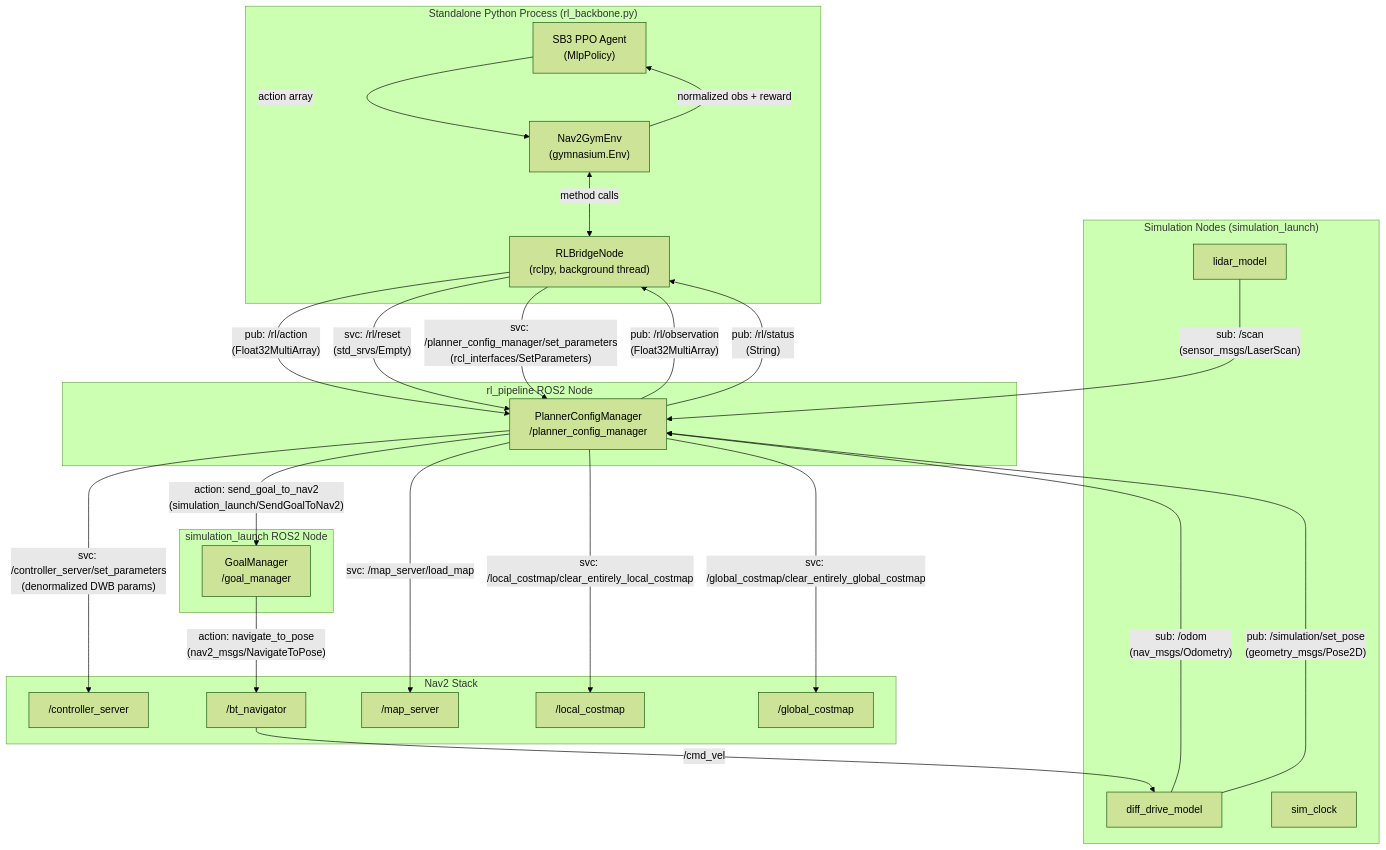
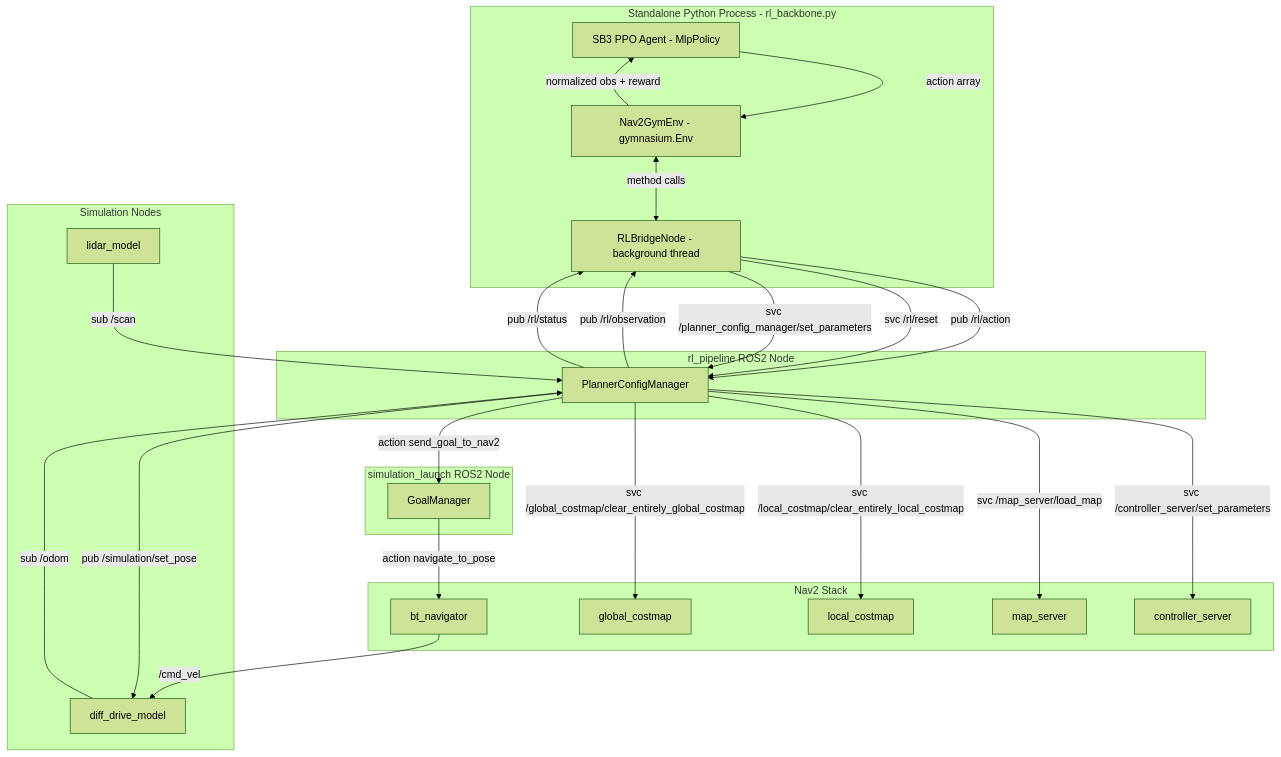
One commit to SushiRaj99/rbe-capstone changed the first of 4 diagrams in doc/rl_pipeline_docs.md. Above: the diagram before and after it, drawn with Mermaid (forest theme). The commit also changed other lines of this file, not shown here.

````diff
--- a/doc/rl_pipeline_docs.md
+++ b/doc/rl_pipeline_docs.md
@@ -28,58 +28,51 @@
 ```mermaid
 graph TD
-    subgraph "Standalone Python Process  (rl_backbone.py)"
-        PPO["SB3 PPO Agent\n(MlpPolicy)"]
-        ENV["Nav2GymEnv\n(gymnasium.Env)"]
-        BRIDGE["RLBridgeNode\n(rclpy, background thread)"]
-        PPO -->|action array| ENV
-        ENV -->|normalized obs + reward| PPO
-        ENV <-->|method calls| BRIDGE
+    subgraph PROC["Standalone Python Process - rl_backbone.py"]
+        PPO["SB3 PPO Agent - MlpPolicy"]
+        ENV["Nav2GymEnv - gymnasium.Env"]
+        BRIDGE["RLBridgeNode - background thread"]
+        PPO -->|"action array"| ENV
+        ENV -->|"normalized obs + reward"| PPO
+        ENV <-->|"method calls"| BRIDGE
     end
 
-    subgraph "rl_pipeline ROS2 Node"
-        PCM["PlannerConfigManager\n/planner_config_manager"]
+    subgraph RL["rl_pipeline ROS2 Node"]
+        PCM["PlannerConfigManager"]
     end
 
-    subgraph "simulation_launch ROS2 Node"
-        GM["GoalManager\n/goal_manager"]
+    subgraph SIM["simulation_launch ROS2 Node"]
+        GM["GoalManager"]
     end
 
-    subgraph "Nav2 Stack"
-        CS["/controller_server"]
-        BT["/bt_navigator"]
-        MS["/map_server"]
-        LC["/local_costmap"]
-        GC["/global_costmap"]
+    subgraph NAV2["Nav2 Stack"]
+        CS["controller_server"]
+        BT["bt_navigator"]
+        MS["map_server"]
+        LC["local_costmap"]
+        GC["global_costmap"]
     end
 
-    subgraph "Simulation Nodes  (simulation_launch)"
+    subgraph SIMNODES["Simulation Nodes"]
         DD["diff_drive_model"]
         LM["lidar_model"]
-        SC["sim_clock"]
     end
 
-    %% RL Bridge <-> PlannerConfigManager
-    BRIDGE -->|"pub: /rl/action\n(Float32MultiArray)"| PCM
-    PCM -->|"pub: /rl/observation\n(Float32MultiArray)"| BRIDGE
-    PCM -->|"pub: /rl/status\n(String)"| BRIDGE
-    BRIDGE -->|"svc: /rl/reset\n(std_srvs/Empty)"| PCM
-    BRIDGE -->|"svc: /planner_config_manager/set_parameters\n(rcl_interfaces/SetParameters)"| PCM
+    BRIDGE -->|"pub /rl/action"| PCM
+    PCM -->|"pub /rl/observation"| BRIDGE
+    PCM -->|"pub /rl/status"| BRIDGE
+    BRIDGE -->|"svc /rl/reset"| PCM
+    BRIDGE -->|"svc /planner_config_manager/set_parameters"| PCM
 
-    %% PlannerConfigManager <-> Nav2
-    PCM -->|"svc: /controller_server/set_parameters\n(denormalized DWB params)"| CS
-    PCM -->|"svc: /map_server/load_map"| MS
-    PCM -->|"svc: /local_costmap/clear_entirely_local_costmap"| LC
-    PCM -->|"svc: /global_costmap/clear_entirely_global_costmap"| GC
+    PCM -->|"svc /controller_server/set_parameters"| CS
+    PCM -->|"svc /map_server/load_map"| MS
+    PCM -->|"svc /local_costmap/clear_entirely_local_costmap"| LC
+    PCM -->|"svc /global_costmap/clear_entirely_global_costmap"| GC
 
-    %% PlannerConfigManager <-> GoalManager
-    PCM -->|"action: send_goal_to_nav2\n(simulation_launch/SendGoalToNav2)"| GM
-    GM -->|"action: navigate_to_pose\n(nav2_msgs/NavigateToPose)"| BT
+    PCM -->|"action send_goal_to_nav2"| GM
+    GM -->|"action navigate_to_pose"| BT
 
-    %% Simulation -> PlannerConfigManager
-    LM -->|"sub: /scan\n(sensor_msgs/LaserScan)"| PCM
-    DD -->|"sub: /odom\n(nav_msgs/Odometry)"| PCM
-    DD -->|"pub: /simulation/set_pose\n(geometry_msgs/Pose2D)"| PCM
-
-    %% Nav2 -> Simulation
+    LM -->|"sub /scan"| PCM
+    DD -->|"sub /odom"| PCM
+    PCM -->|"pub /simulation/set_pose"| DD
     BT -->|"/cmd_vel"| DD
 ```
````
